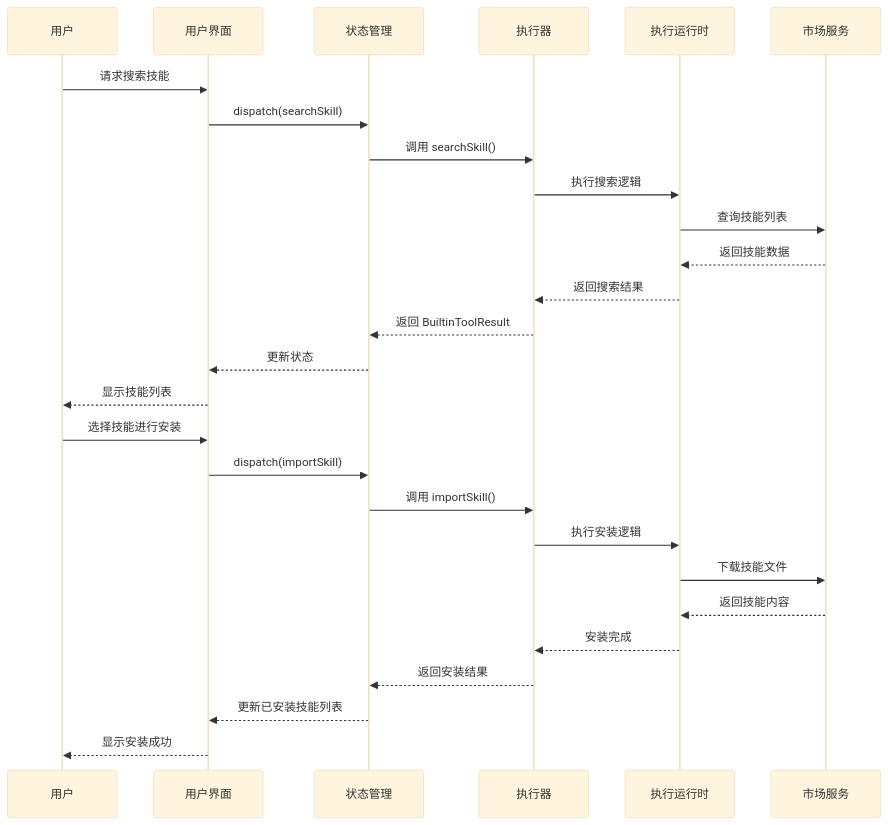
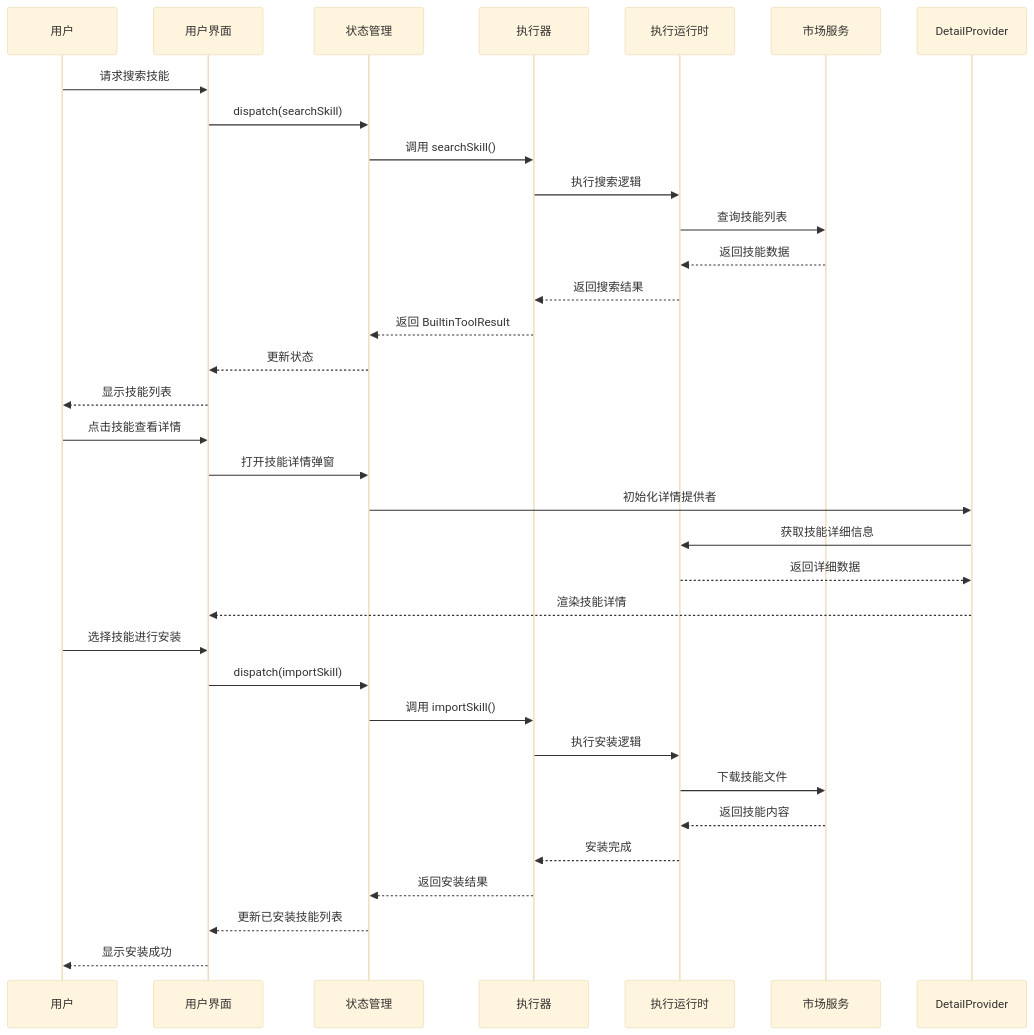
The fourth of 10 diagrams in .qoder/repowiki/zh/content/核心功能模块/技能市场系统/技能市场系统.md (AvatoLabs/avato), drawn with Mermaid (base theme) before and after one commit. The commit also changed other lines of this file and 7 other files, not shown here.

````diff
--- a/.qoder/repowiki/zh/content/核心功能模块/技能市场系统/技能市场系统.md
+++ b/.qoder/repowiki/zh/content/核心功能模块/技能市场系统/技能市场系统.md
@@ -205,29 +266,35 @@
 ```mermaid
 sequenceDiagram
 participant User as 用户
 participant UI as 用户界面
 participant Store as 状态管理
 participant Executor as 执行器
 participant Runtime as 执行运行时
 participant Market as 市场服务
 User->>UI : 请求搜索技能
 UI->>Store : dispatch(searchSkill)
 Store->>Executor : 调用 searchSkill()
 Executor->>Runtime : 执行搜索逻辑
 Runtime->>Market : 查询技能列表
 Market-->>Runtime : 返回技能数据
 Runtime-->>Executor : 返回搜索结果
 Executor-->>Store : 返回 BuiltinToolResult
 Store-->>UI : 更新状态
 UI-->>User : 显示技能列表
+User->>UI : 点击技能查看详情
+UI->>Store : 打开技能详情弹窗
+Store->>DetailProvider : 初始化详情提供者
+DetailProvider->>Runtime : 获取技能详细信息
+Runtime-->>DetailProvider : 返回详细数据
+DetailProvider-->>UI : 渲染技能详情
 User->>UI : 选择技能进行安装
 UI->>Store : dispatch(importSkill)
 Store->>Executor : 调用 importSkill()
 Executor->>Runtime : 执行安装逻辑
 Runtime->>Market : 下载技能文件
 Market-->>Runtime : 返回技能内容
 Runtime-->>Executor : 安装完成
 Executor-->>Store : 返回安装结果
 Store-->>UI : 更新已安装技能列表
 UI-->>User : 显示安装成功
 ```
````
